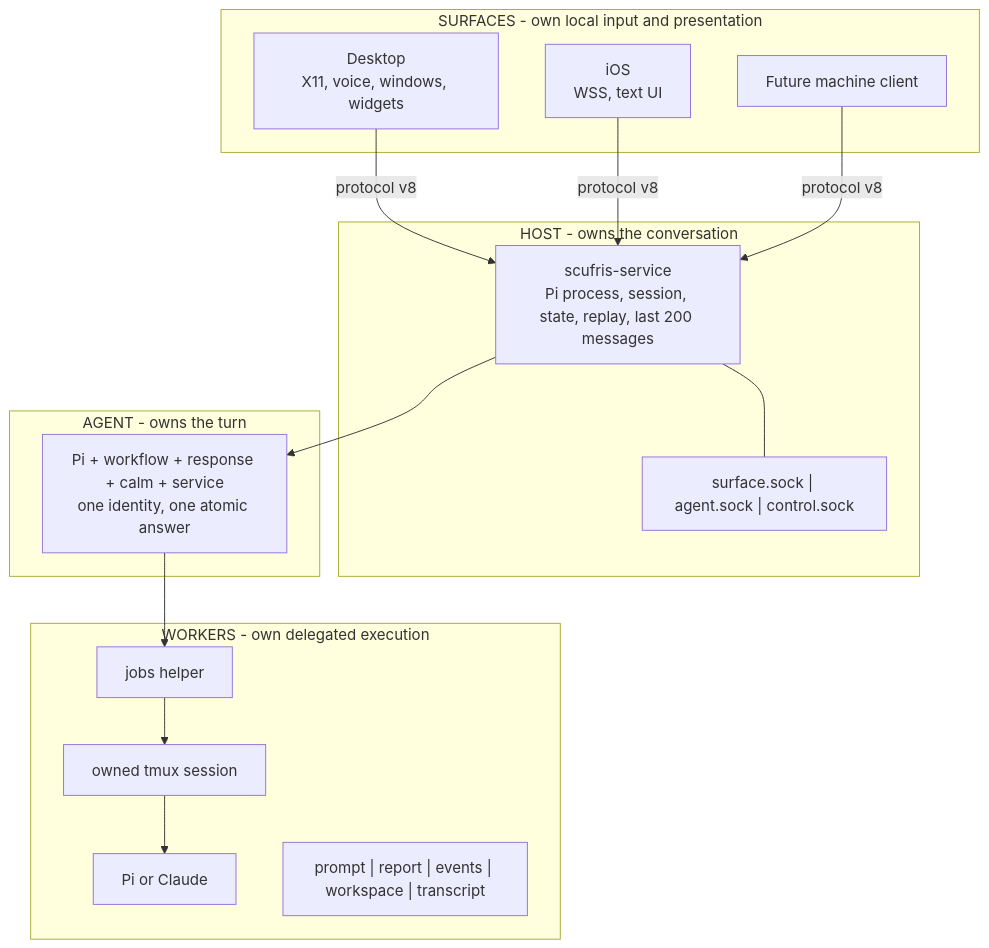
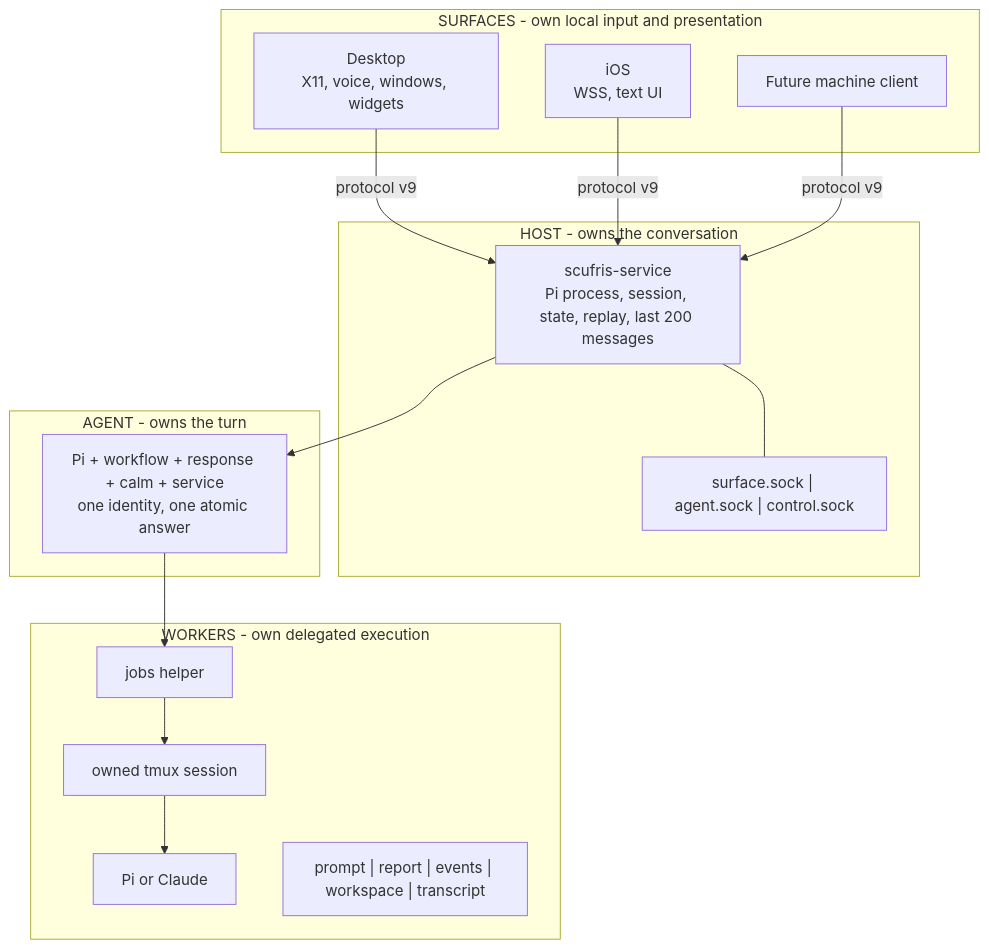
One commit to alexjercan/scufris2 changed the first of 5 diagrams in docs/src/dev/architecture.md. Above: the diagram before and after it, drawn with Mermaid. The commit also changed other lines of this file and 41 other files, not shown here.

````diff
--- a/docs/src/dev/architecture.md
+++ b/docs/src/dev/architecture.md
@@ -7,25 +7,25 @@
 ```mermaid
 flowchart TB
     subgraph Surfaces["SURFACES - own local input and presentation"]
         Desktop["Desktop<br/>X11, voice, windows, widgets"]
         IOS["iOS<br/>WSS, text UI"]
         Future["Future machine client"]
     end
     subgraph Host["HOST - owns the conversation"]
         Service["scufris-service<br/>Pi process, session, state, replay, last 200 messages"]
         Sockets["surface.sock | agent.sock | control.sock"]
         Service --- Sockets
     end
     subgraph Agent["AGENT - owns the turn"]
         Pi["Pi + workflow + response + calm + service<br/>one identity, one atomic answer"]
     end
     subgraph Workers["WORKERS - own delegated execution"]
         Helper[jobs helper] --> Tmux[owned tmux session] --> Harness[Pi or Claude]
         Durable["prompt | report | events | workspace | transcript"]
     end
-    Desktop -->|protocol v8| Service
-    IOS -->|protocol v8| Service
-    Future -->|protocol v8| Service
+    Desktop -->|protocol v9| Service
+    IOS -->|protocol v9| Service
+    Future -->|protocol v9| Service
     Service --> Pi
     Pi --> Helper
 ```
````
